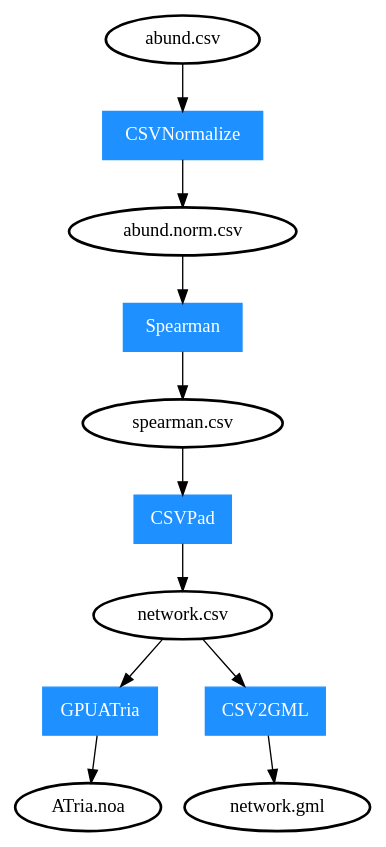
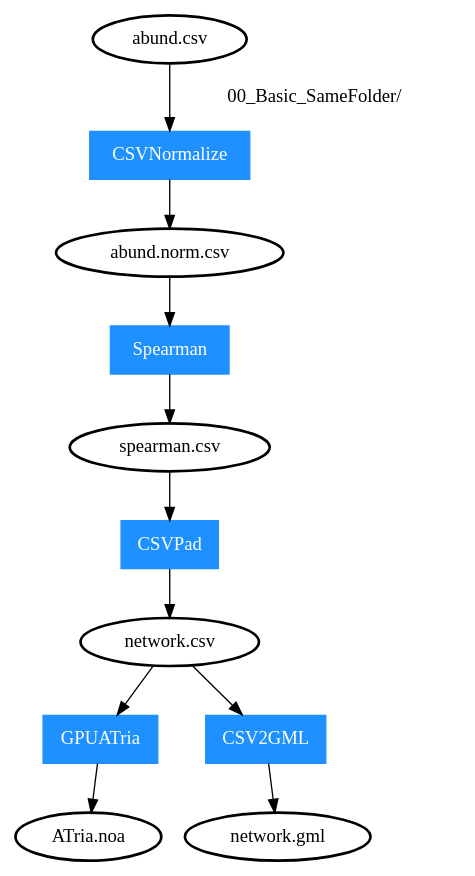
Before and after one commit to movingpictures83/PipeViz: the diagram in 00_Basic_SameFolder/expected.dot, drawn with Graphviz. The commit also changed 2 other files, not shown here.

Commit message:
Update expected for Basic tests

```diff
--- a/00_Basic_SameFolder/expected.dot
+++ b/00_Basic_SameFolder/expected.dot
@@ -1,13 +1,28 @@
 digraph G {
 	node [style=bold];
-	"abund.csv"->"0"->"abund.norm.csv";
-	"abund.norm.csv"->"1"->"spearman.csv";
-	"spearman.csv"->"2"->"network.csv";
-	"network.csv"->"3"->"ATria.noa";
-	"network.csv"->"4"->"network.gml";
+	"00_Basic_SameFolder/abund.csv"->"0" [label = "	00_Basic_SameFolder/	"];
+	"0"->"00_Basic_SameFolder/abund.norm.csv";
+	"00_Basic_SameFolder/abund.csv" [label = "abund.csv"];
+	"00_Basic_SameFolder/abund.norm.csv" [label = "abund.norm.csv"];
+	"00_Basic_SameFolder/abund.norm.csv"->"1";
+	"1"->"00_Basic_SameFolder/spearman.csv";
+	"00_Basic_SameFolder/abund.norm.csv" [label = "abund.norm.csv"];
+	"00_Basic_SameFolder/spearman.csv" [label = "spearman.csv"];
+	"00_Basic_SameFolder/spearman.csv"->"2";
+	"2"->"00_Basic_SameFolder/network.csv";
+	"00_Basic_SameFolder/spearman.csv" [label = "spearman.csv"];
+	"00_Basic_SameFolder/network.csv" [label = "network.csv"];
+	"00_Basic_SameFolder/network.csv"->"3";
+	"3"->"00_Basic_SameFolder/ATria.noa";
+	"00_Basic_SameFolder/network.csv" [label = "network.csv"];
+	"00_Basic_SameFolder/ATria.noa" [label = "ATria.noa"];
+	"00_Basic_SameFolder/network.csv"->"4";
+	"4"->"00_Basic_SameFolder/network.gml";
+	"00_Basic_SameFolder/network.csv" [label = "network.csv"];
+	"00_Basic_SameFolder/network.gml" [label = "network.gml"];
 	"0" [label="CSVNormalize", shape=box, color=dodgerblue1, fontcolor=white, style=filled];
 	"1" [label="Spearman", shape=box, color=dodgerblue1, fontcolor=white, style=filled];
 	"2" [label="CSVPad", shape=box, color=dodgerblue1, fontcolor=white, style=filled];
 	"3" [label="GPUATria", shape=box, color=dodgerblue1, fontcolor=white, style=filled];
 	"4" [label="CSV2GML", shape=box, color=dodgerblue1, fontcolor=white, style=filled];
 }
```
